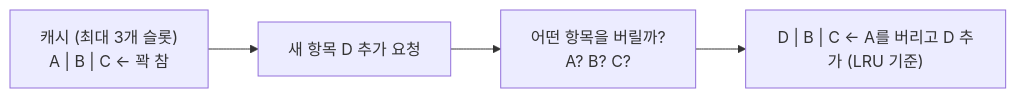
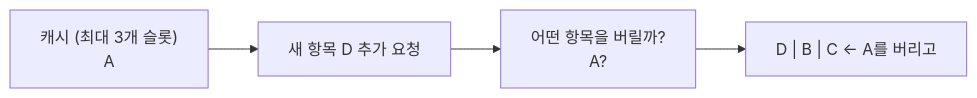
Before and after one commit to yjkim2015/yjkim2015.github.io: the first of 4 diagrams in _posts/localcache/2026-05-01-cache-eviction-algorithms.md, drawn with Mermaid. The commit also changed other lines of this file and 271 other files, not shown here.

First line of the commit message:
Mermaid 라벨 축소: 긴 노드 텍스트 18자 이하로 트림 + \n 제거

````diff
--- a/_posts/localcache/2026-05-01-cache-eviction-algorithms.md
+++ b/_posts/localcache/2026-05-01-cache-eviction-algorithms.md
@@ -20,8 +20,8 @@
 ```mermaid
 graph LR
-    FULL["캐시 (최대 3개 슬롯)<br>A | B | C ← 꽉 참"]
+    FULL["캐시 (최대 3개 슬롯)<br>A"]
     NEW["새 항목 D 추가 요청"]
-    DECISION["어떤 항목을 버릴까?<br>A? B? C?"]
-    RESULT["D | B | C ← A를 버리고 D 추가 (LRU 기준)"]
+    DECISION["어떤 항목을 버릴까?<br>A?"]
+    RESULT["D | B | C ← A를 버리고"]
     FULL --> NEW --> DECISION --> RESULT
 ```
````
